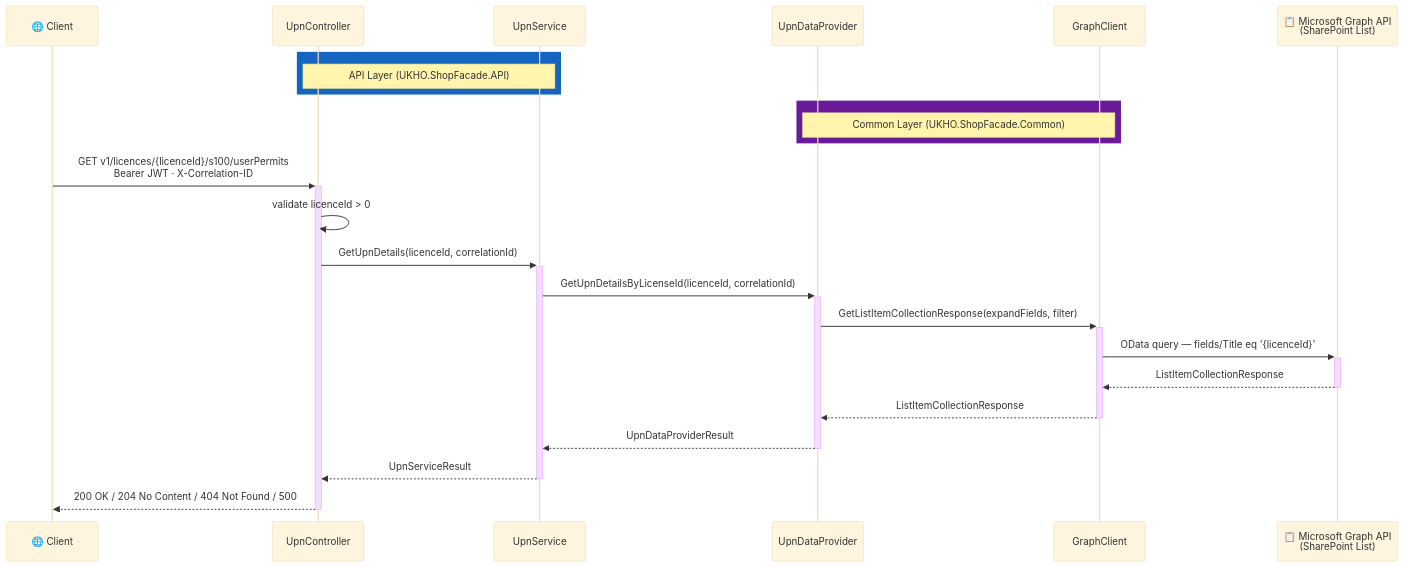
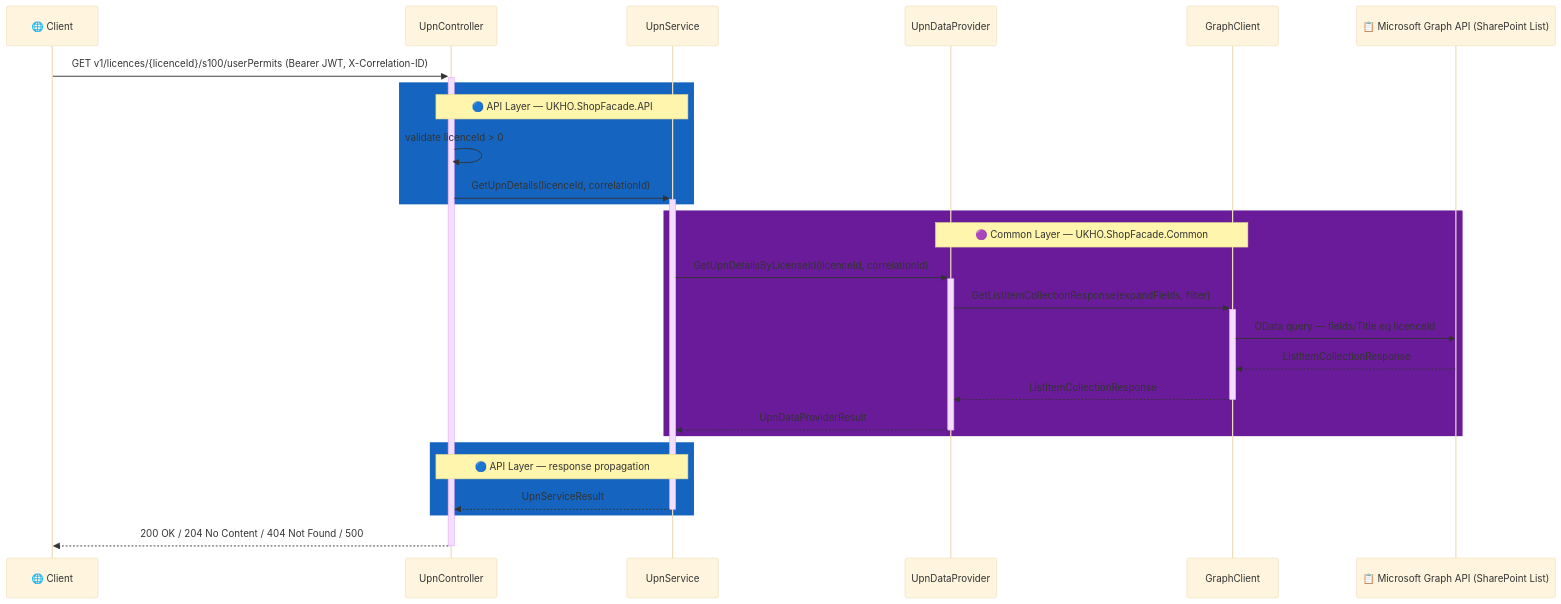
Before and after one commit to UKHO/Shop-Facade: the second of 6 diagrams in .github/copilot-instructions.md, drawn with Mermaid (base theme). The commit also changed other lines of this file, not shown here.

First line of the commit message:
Update sequence diagrams for UPN and Permit endpoints

````diff
--- a/.github/copilot-instructions.md
+++ b/.github/copilot-instructions.md
@@ -72,28 +72,34 @@
 ```mermaid
 sequenceDiagram
     participant C as 🌐 Client
     participant UC as UpnController
     participant US as UpnService
     participant DP as UpnDataProvider
     participant GC as GraphClient
-    participant Graph as 📋 Microsoft Graph API<br/>(SharePoint List)
+    participant Graph as 📋 Microsoft Graph API (SharePoint List)
+
+    C->>+UC: GET v1/licences/{licenceId}/s100/userPermits (Bearer JWT, X-Correlation-ID)
 
     rect rgb(21, 101, 192)
-        note over UC,US: API Layer (UKHO.ShopFacade.API)
-    end
-    rect rgb(106, 27, 154)
-        note over DP,GC: Common Layer (UKHO.ShopFacade.Common)
+        note over UC,US: 🔵 API Layer — UKHO.ShopFacade.API
+        UC->>UC: validate licenceId > 0
+        UC->>+US: GetUpnDetails(licenceId, correlationId)
     end
 
-    C->>+UC: GET v1/licences/{licenceId}/s100/userPermits<br/>Bearer JWT · X-Correlation-ID
-    UC->>UC: validate licenceId > 0
-    UC->>+US: GetUpnDetails(licenceId, correlationId)
-    US->>+DP: GetUpnDetailsByLicenseId(licenceId, correlationId)
-    DP->>+GC: GetListItemCollectionResponse(expandFields, filter)
-    GC->>+Graph: OData query — fields/Title eq '{licenceId}'
-    Graph-->>-GC: ListItemCollectionResponse
-    GC-->>-DP: ListItemCollectionResponse
-    DP-->>-US: UpnDataProviderResult
-    US-->>-UC: UpnServiceResult
+    rect rgb(106, 27, 154)
+        note over DP,GC: 🟣 Common Layer — UKHO.ShopFacade.Common
+        US->>+DP: GetUpnDetailsByLicenseId(licenceId, correlationId)
+        DP->>+GC: GetListItemCollectionResponse(expandFields, filter)
+        GC->>Graph: OData query — fields/Title eq licenceId
+        Graph-->>GC: ListItemCollectionResponse
+        GC-->>-DP: ListItemCollectionResponse
+        DP-->>-US: UpnDataProviderResult
+    end
+
+    rect rgb(21, 101, 192)
+        note over UC,US: 🔵 API Layer — response propagation
+        US-->>-UC: UpnServiceResult
+    end
+
     UC-->>-C: 200 OK / 204 No Content / 404 Not Found / 500
 ```
````
